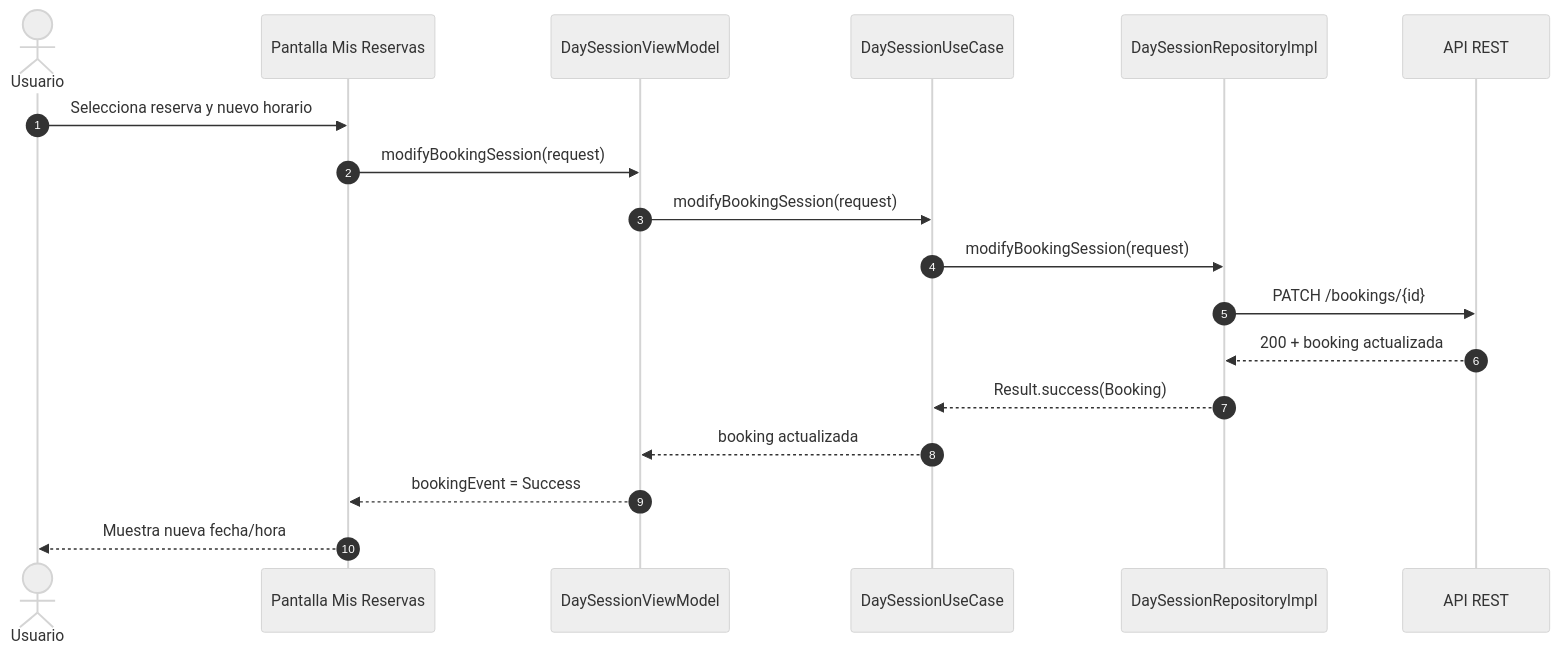
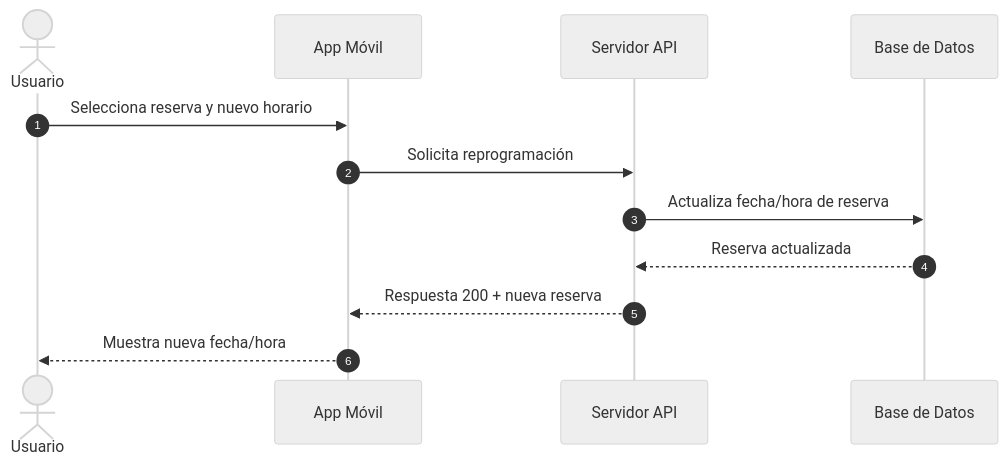
Before and after one commit to asobrados03/HumanPerformApp: the seventh of 12 diagrams in docs/SEQUENCE_DIAGRAMS.md, drawn with Mermaid (neutral theme). The commit also changed other lines of this file, not shown here.

Commit message:
Ajustar diagrama de métodos de pago para usar Stripe

````diff
--- a/docs/SEQUENCE_DIAGRAMS.md
+++ b/docs/SEQUENCE_DIAGRAMS.md
@@ -163,21 +117,15 @@
 ```mermaid
 sequenceDiagram
     autonumber
     actor U as Usuario
-    participant UI as Pantalla Mis Reservas
-    participant VM as DaySessionViewModel
-    participant UC as DaySessionUseCase
-    participant REPO as DaySessionRepositoryImpl
-    participant API as API REST
+    participant APP as App Móvil
+    participant API as Servidor API
+    participant DB as Base de Datos
 
-    U->>UI: Selecciona reserva y nuevo horario
-    UI->>VM: modifyBookingSession(request)
-    VM->>UC: modifyBookingSession(request)
-    UC->>REPO: modifyBookingSession(request)
-    REPO->>API: PATCH /bookings/{id}
-    API-->>REPO: 200 + booking actualizada
-    REPO-->>UC: Result.success(Booking)
-    UC-->>VM: booking actualizada
-    VM-->>UI: bookingEvent = Success
-    UI-->>U: Muestra nueva fecha/hora
+    U->>APP: Selecciona reserva y nuevo horario
+    APP->>API: Solicita reprogramación
+    API->>DB: Actualiza fecha/hora de reserva
+    DB-->>API: Reserva actualizada
+    API-->>APP: Respuesta 200 + nueva reserva
+    APP-->>U: Muestra nueva fecha/hora
 ```
````
